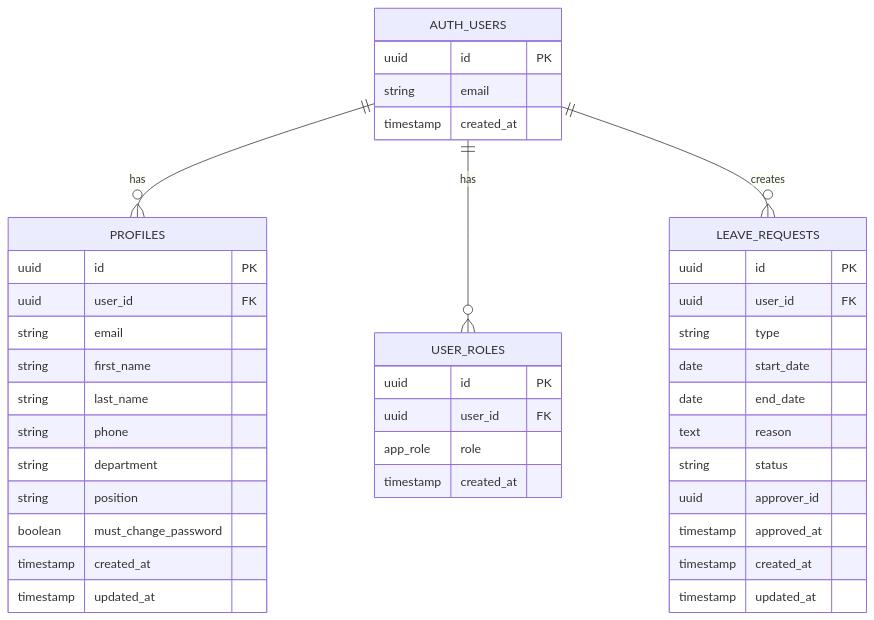
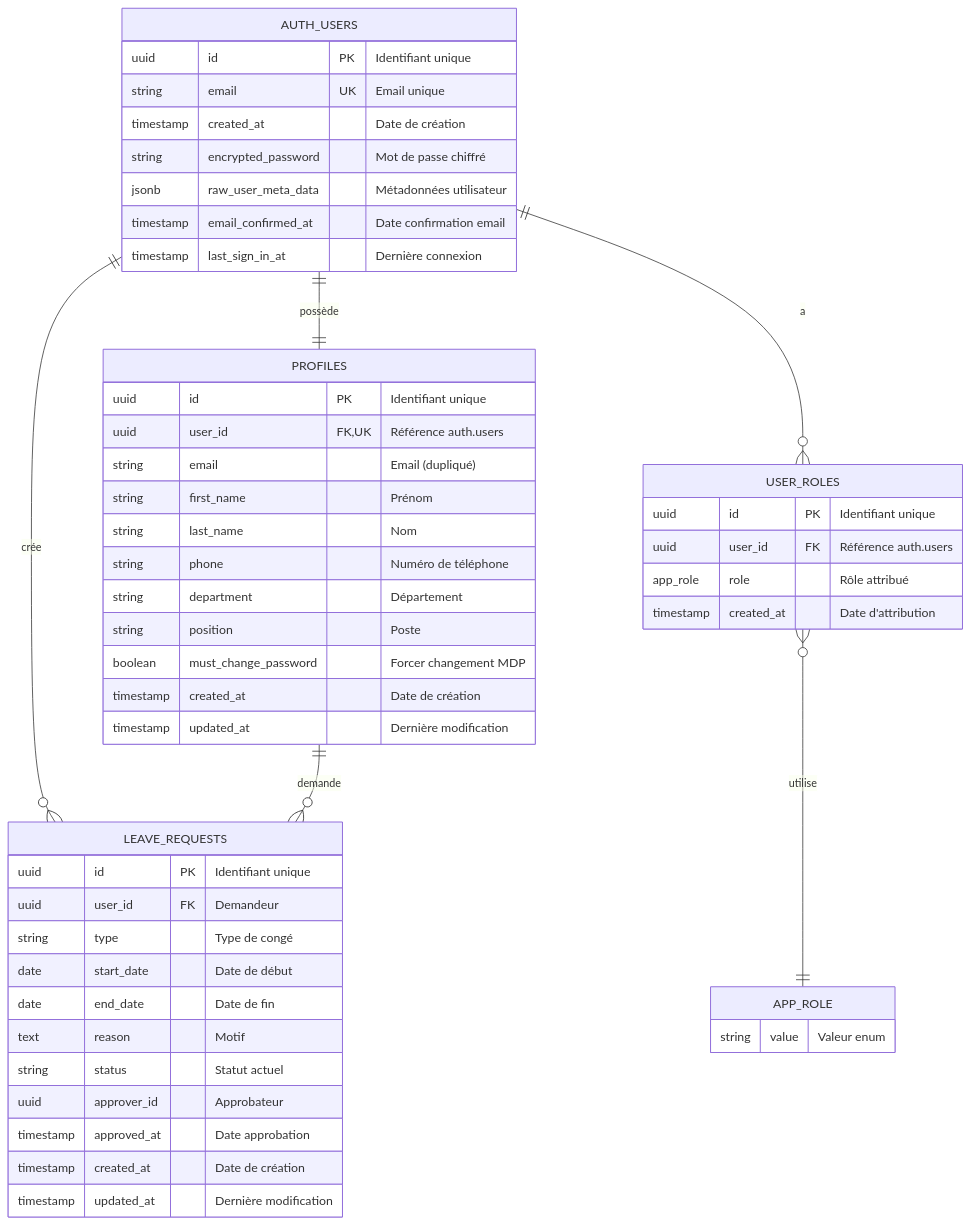
The first of 3 diagrams in MCD.md (Utrema87/conges-faciles-fdsut), drawn with Mermaid before and after one commit. The commit also changed other lines of this file, not shown here.

````diff
--- a/MCD.md
+++ b/MCD.md
@@ -5,47 +14,57 @@
 ```mermaid
 erDiagram
-    AUTH_USERS ||--o{ PROFILES : "has"
-    AUTH_USERS ||--o{ USER_ROLES : "has"
-    AUTH_USERS ||--o{ LEAVE_REQUESTS : "creates"
+    AUTH_USERS ||--|| PROFILES : "possède"
+    AUTH_USERS ||--o{ USER_ROLES : "a"
+    AUTH_USERS ||--o{ LEAVE_REQUESTS : "crée"
+    PROFILES ||--o{ LEAVE_REQUESTS : "demande"
+    USER_ROLES }o--|| APP_ROLE : "utilise"
     
     AUTH_USERS {
-        uuid id PK
-        string email
-        timestamp created_at
+        uuid id PK "Identifiant unique"
+        string email UK "Email unique"
+        timestamp created_at "Date de création"
+        string encrypted_password "Mot de passe chiffré"
+        jsonb raw_user_meta_data "Métadonnées utilisateur"
+        timestamp email_confirmed_at "Date confirmation email"
+        timestamp last_sign_in_at "Dernière connexion"
     }
     
     PROFILES {
-        uuid id PK
-        uuid user_id FK
-        string email
-        string first_name
-        string last_name
-        string phone
-        string department
-        string position
-        boolean must_change_password
-        timestamp created_at
-        timestamp updated_at
+        uuid id PK "Identifiant unique"
+        uuid user_id FK, UK "Référence auth.users"
+        string email "Email (dupliqué)"
+        string first_name "Prénom"
+        string last_name "Nom"
+        string phone "Numéro de téléphone"
+        string department "Département"
+        string position "Poste"
+        boolean must_change_password "Forcer changement MDP"
+        timestamp created_at "Date de création"
+        timestamp updated_at "Dernière modification"
     }
     
     USER_ROLES {
-        uuid id PK
-        uuid user_id FK
-        app_role role
-        timestamp created_at
+        uuid id PK "Identifiant unique"
+        uuid user_id FK "Référence auth.users"
+        app_role role "Rôle attribué"
+        timestamp created_at "Date d'attribution"
+    }
+    
+    APP_ROLE {
+        string value "Valeur enum"
     }
     
     LEAVE_REQUESTS {
-        uuid id PK
-        uuid user_id FK
-        string type
-        date start_date
-        date end_date
-        text reason
-        string status
-        uuid approver_id
-        timestamp approved_at
-        timestamp created_at
-        timestamp updated_at
+        uuid id PK "Identifiant unique"
+        uuid user_id FK "Demandeur"
+        string type "Type de congé"
+        date start_date "Date de début"
+        date end_date "Date de fin"
+        text reason "Motif"
+        string status "Statut actuel"
+        uuid approver_id "Approbateur"
+        timestamp approved_at "Date approbation"
+        timestamp created_at "Date de création"
+        timestamp updated_at "Dernière modification"
     }
 ```
````
